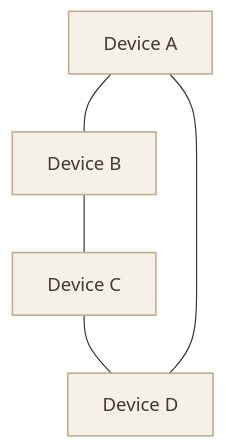
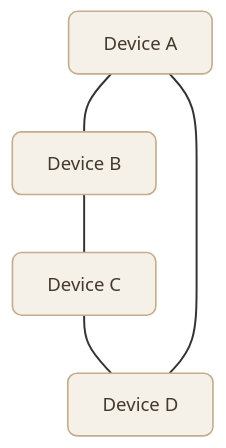
Before and after one commit to mustafammasoud/ops-handbook: the third of 6 diagrams in content/networking/network-topologies.mdx, drawn with Mermaid. The commit also changed other lines of this file and 7 other files, not shown here.

````diff
--- a/content/networking/network-topologies.mdx
+++ b/content/networking/network-topologies.mdx
@@ -145,15 +149,16 @@
 ```mermaid
 flowchart TB
     A[" Device A"]
     B[" Device B"]
     C[" Device C"]
     D[" Device D"]
 
     A --- B
     B --- C
     C --- D
     D --- A
 
-    classDef device fill:#F6F1E8,stroke:#C3AD8C,color:#44392D,stroke-width:1.4px
+    classDef device fill:#F6F1E8,stroke:#C3AD8C,color:#44392D,stroke-width:1.4px,rx:8,ry:8
     class A,B,C,D device
+    linkStyle default stroke-width:1.7px
 ```
````
